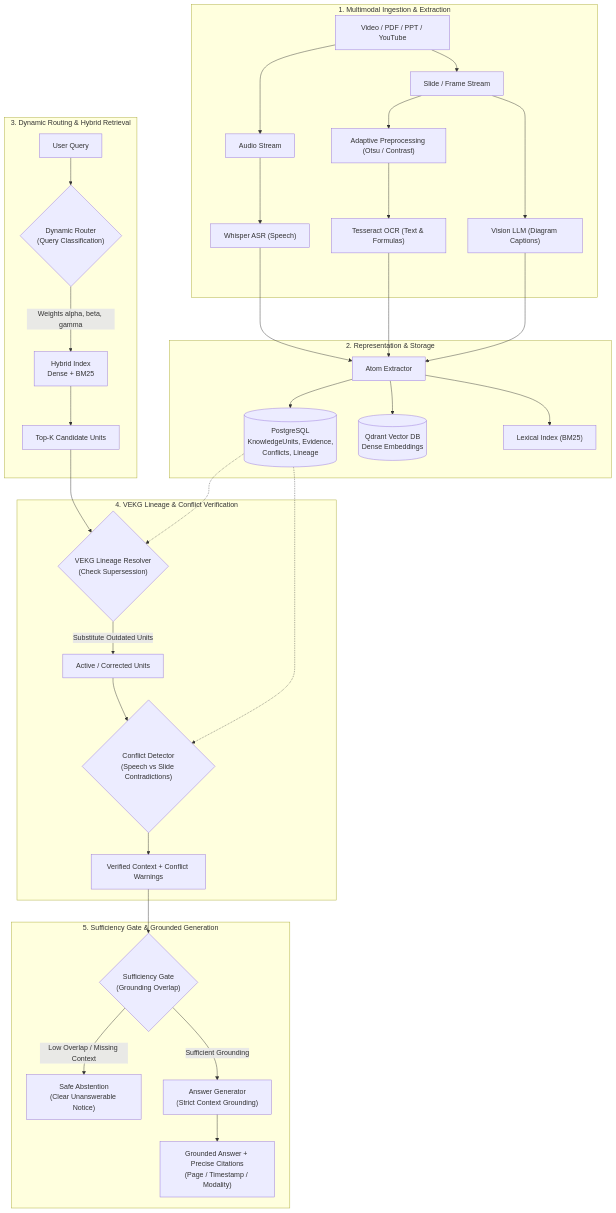
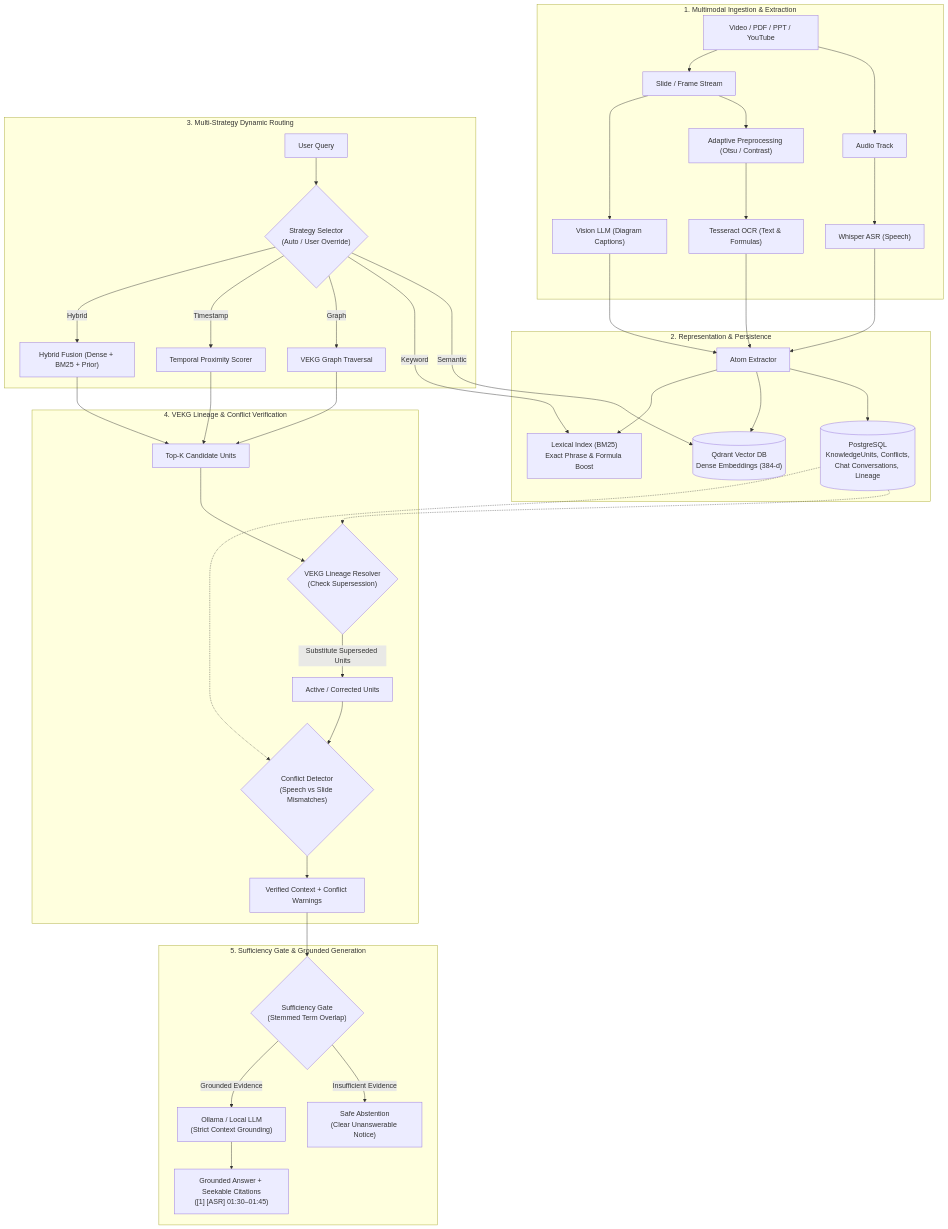
One commit to abhiveeramallu/visionRag changed the diagram in README.md. Above: the diagram before and after it, drawn with Mermaid. The commit also changed other lines of this file and 1 other file, not shown here.

````diff
--- a/README.md
+++ b/README.md
@@ -28,43 +96,49 @@
 ```mermaid
 flowchart TD
     subgraph Ingestion ["1. Multimodal Ingestion & Extraction"]
         RawVideo["Video / PDF / PPT / YouTube"]
-        RawVideo --> AudioStream["Audio Stream"]
+        RawVideo --> AudioStream["Audio Track"]
         RawVideo --> VisualStream["Slide / Frame Stream"]
         AudioStream --> WhisperASR["Whisper ASR (Speech)"]
         VisualStream --> Preprocess["Adaptive Preprocessing (Otsu / Contrast)"]
         Preprocess --> TesseractOCR["Tesseract OCR (Text & Formulas)"]
         VisualStream --> VisionCap["Vision LLM (Diagram Captions)"]
     end
 
-    subgraph Storage ["2. Representation & Storage"]
+    subgraph Storage ["2. Representation & Persistence"]
         WhisperASR --> Extractor["Atom Extractor"]
         TesseractOCR --> Extractor
         VisionCap --> Extractor
-        Extractor --> Postgres[("PostgreSQL\nKnowledgeUnits, Evidence,\nConflicts, Lineage")]
-        Extractor --> Qdrant[("Qdrant Vector DB\nDense Embeddings")]
-        Extractor --> BM25["Lexical Index (BM25)"]
+        Extractor --> Postgres[("PostgreSQL\nKnowledgeUnits, Conflicts,\nChat Conversations, Lineage")]
+        Extractor --> Qdrant[("Qdrant Vector DB\nDense Embeddings (384-d)")]
+        Extractor --> BM25["Lexical Index (BM25)\nExact Phrase & Formula Boost"]
     end
 
-    subgraph Retrieval ["3. Dynamic Routing & Hybrid Retrieval"]
-        UserQuery["User Query"] --> Router{"Dynamic Router\n(Query Classification)"}
-        Router -->|Weights alpha, beta, gamma| Hybrid["Hybrid Index\nDense + BM25"]
-        Hybrid --> Candidates["Top-K Candidate Units"]
+    subgraph Routing ["3. Multi-Strategy Dynamic Routing"]
+        UserQuery["User Query"] --> StrategySelector{"Strategy Selector\n(Auto / User Override)"}
+        StrategySelector -->|Semantic| Qdrant
+        StrategySelector -->|Keyword| BM25
+        StrategySelector -->|Graph| VEKGTraverse["VEKG Graph Traversal"]
+        StrategySelector -->|Timestamp| TemporalExtractor["Temporal Proximity Scorer"]
+        StrategySelector -->|Hybrid| Fusion["Hybrid Fusion (Dense + BM25 + Prior)"]
     end
 
     subgraph Verification ["4. VEKG Lineage & Conflict Verification"]
-        Candidates --> VEKGTraverse{"VEKG Lineage Resolver\n(Check Supersession)"}
-        Postgres -.-> VEKGTraverse
-        VEKGTraverse -->|Substitute Outdated Units| UpdatedCandidates["Active / Corrected Units"]
-        UpdatedCandidates --> ConflictEngine{"Conflict Detector\n(Speech vs Slide Contradictions)"}
+        Fusion --> Candidates["Top-K Candidate Units"]
+        VEKGTraverse --> Candidates
+        TemporalExtractor --> Candidates
+        Candidates --> LineageCheck{"VEKG Lineage Resolver\n(Check Supersession)"}
+        Postgres -.-> LineageCheck
+        LineageCheck -->|Substitute Superseded Units| ActiveUnits["Active / Corrected Units"]
+        ActiveUnits --> ConflictEngine{"Conflict Detector\n(Speech vs Slide Mismatches)"}
         Postgres -.-> ConflictEngine
         ConflictEngine --> VerifiedContext["Verified Context + Conflict Warnings"]
     end
 
     subgraph Generation ["5. Sufficiency Gate & Grounded Generation"]
-        VerifiedContext --> SufficiencyGate{"Sufficiency Gate\n(Grounding Overlap)"}
-        SufficiencyGate -->|Low Overlap / Missing Context| Abstain["Safe Abstention\n(Clear Unanswerable Notice)"]
-        SufficiencyGate -->|Sufficient Grounding| LLM["Answer Generator\n(Strict Context Grounding)"]
-        LLM --> VerifiedAnswer["Grounded Answer + Precise Citations\n(Page / Timestamp / Modality)"]
+        VerifiedContext --> SufficiencyGate{"Sufficiency Gate\n(Stemmed Term Overlap)"}
+        SufficiencyGate -->|Insufficient Evidence| Abstain["Safe Abstention\n(Clear Unanswerable Notice)"]
+        SufficiencyGate -->|Grounded Evidence| LLM["Ollama / Local LLM\n(Strict Context Grounding)"]
+        LLM --> VerifiedAnswer["Grounded Answer + Seekable Citations\n([1] [ASR] 01:30–01:45)"]
     end
 ```
````
